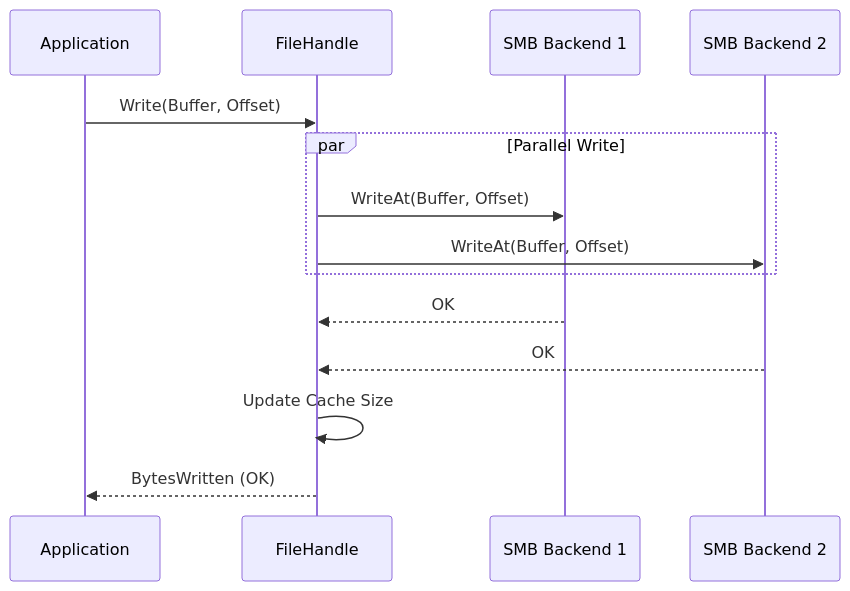
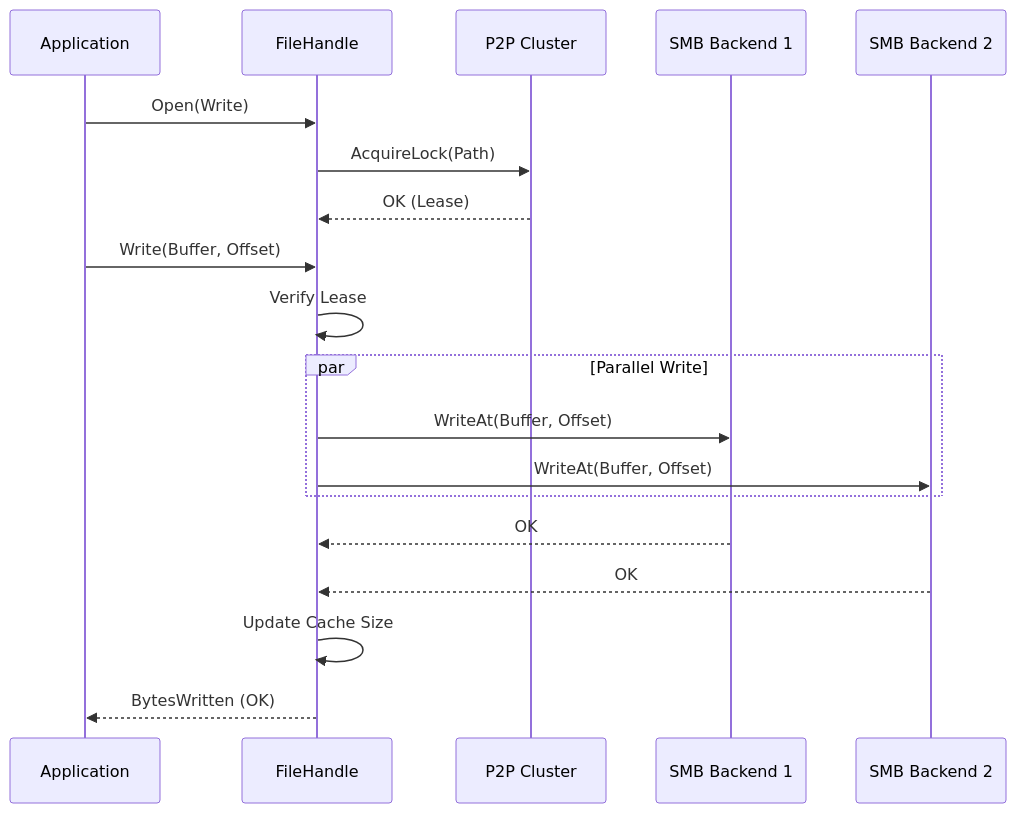
The diagram in docs/flows/write.md (digitalentity/replistore), drawn with Mermaid before and after one commit. The commit also changed other lines of this file and 4 other files, not shown here.

````diff
--- a/docs/flows/write.md
+++ b/docs/flows/write.md
@@ -23,17 +26,23 @@
 ```mermaid
 sequenceDiagram
     participant OS as Application
     participant FUSE as FileHandle
+    participant Cluster as P2P Cluster
     participant B1 as SMB Backend 1
     participant B2 as SMB Backend 2
 
+    OS->>FUSE: Open(Write)
+    FUSE->>Cluster: AcquireLock(Path)
+    Cluster-->>FUSE: OK (Lease)
+
     OS->>FUSE: Write(Buffer, Offset)
+    FUSE->>FUSE: Verify Lease
     par Parallel Write
         FUSE->>B1: WriteAt(Buffer, Offset)
         FUSE->>B2: WriteAt(Buffer, Offset)
     end
     B1-->>FUSE: OK
     B2-->>FUSE: OK
     FUSE->>FUSE: Update Cache Size
     FUSE-->>OS: BytesWritten (OK)
 ```
````
